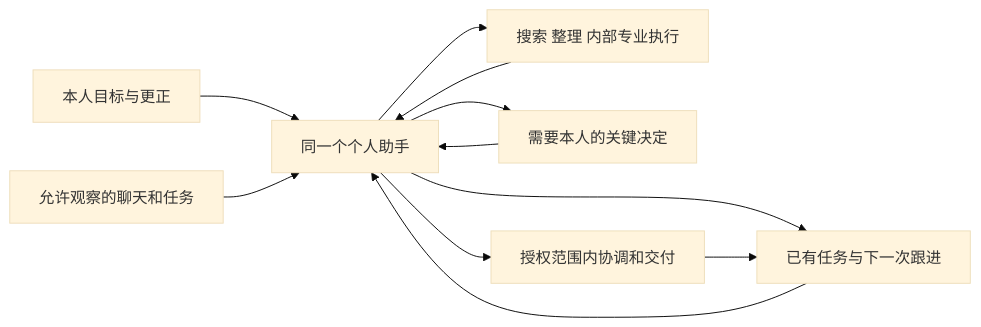
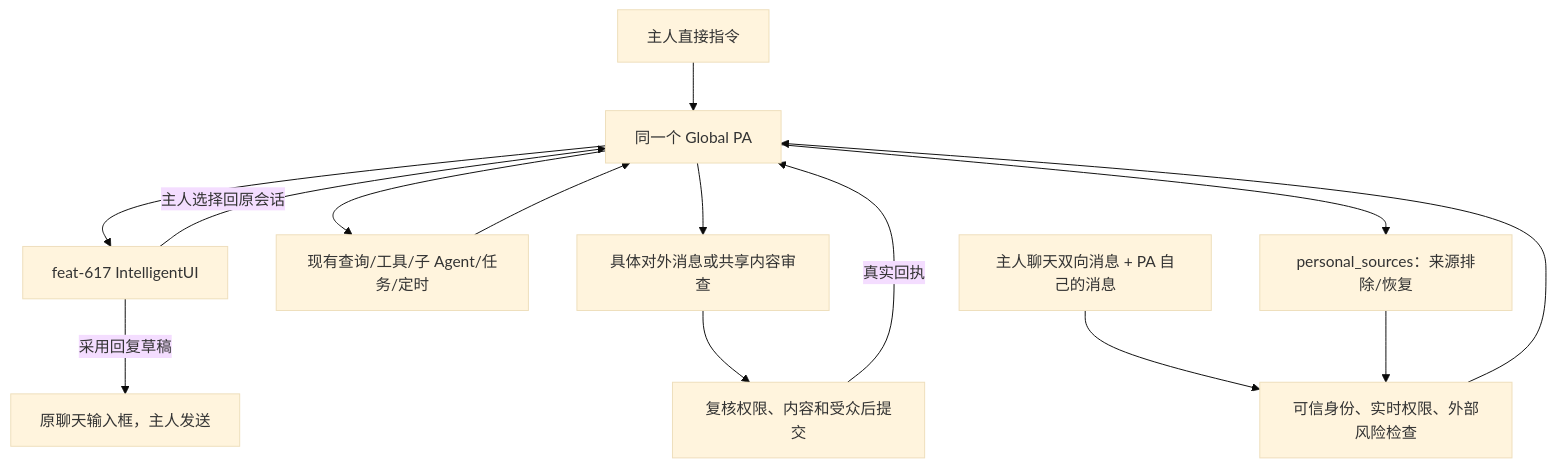
One commit to Mrchen116/nano-multiagent changed the diagram in docs/changes/feat-616-personal-agent/design.md. Above: the diagram before and after it, drawn with Mermaid (base theme). The commit also changed other lines of this file and 69 other files, not shown here.

Commit message:
refactor(pa): reuse Global capabilities and IntelligentUI interactions

````diff
--- a/docs/changes/feat-616-personal-agent/design.md
+++ b/docs/changes/feat-616-personal-agent/design.md
@@ -9,13 +9,16 @@
 ```mermaid
-flowchart LR
-  U[本人目标与更正] --> P[同一个个人助手]
-  E[允许观察的聊天和任务] --> P
-  P --> T[已有任务与下一次跟进]
-  P --> W[搜索 整理 内部专业执行]
-  W --> P
-  P --> D[需要本人的关键决定]
-  D --> P
-  P --> C[授权范围内协调和交付]
-  C --> T
-  T --> P
+flowchart TD
+ U[主人直接指令] --> P[同一个 Global PA]
+ S[主人聊天双向消息 + PA 自己的消息] --> A[可信身份、实时权限、外部风险检查]
+ A --> P
+ P --> Q[现有查询/工具/子 Agent/任务/定时]
+ Q --> P
+ P --> UI[feat-617 IntelligentUI]
+ UI -->|主人选择回原会话| P
+ UI -->|采用回复草稿| C[原聊天输入框，主人发送]
+ P --> X[具体对外消息或共享内容审查]
+ X --> G[复核权限、内容和受众后提交]
+ G -->|真实回执| P
+ P --> PS[personal_sources：来源排除/恢复]
+ PS --> A
 ```
````
